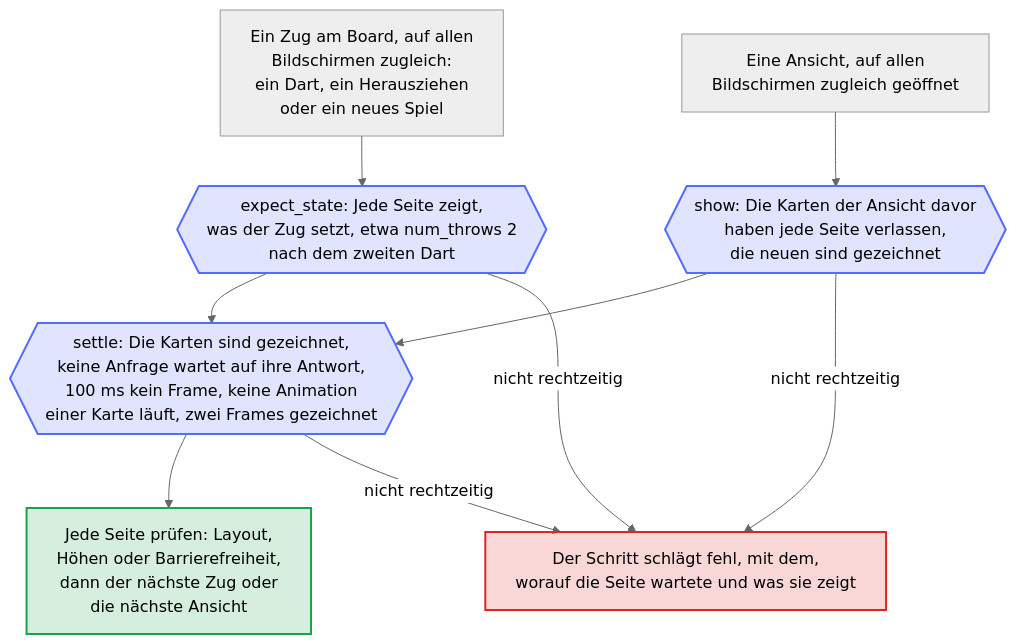
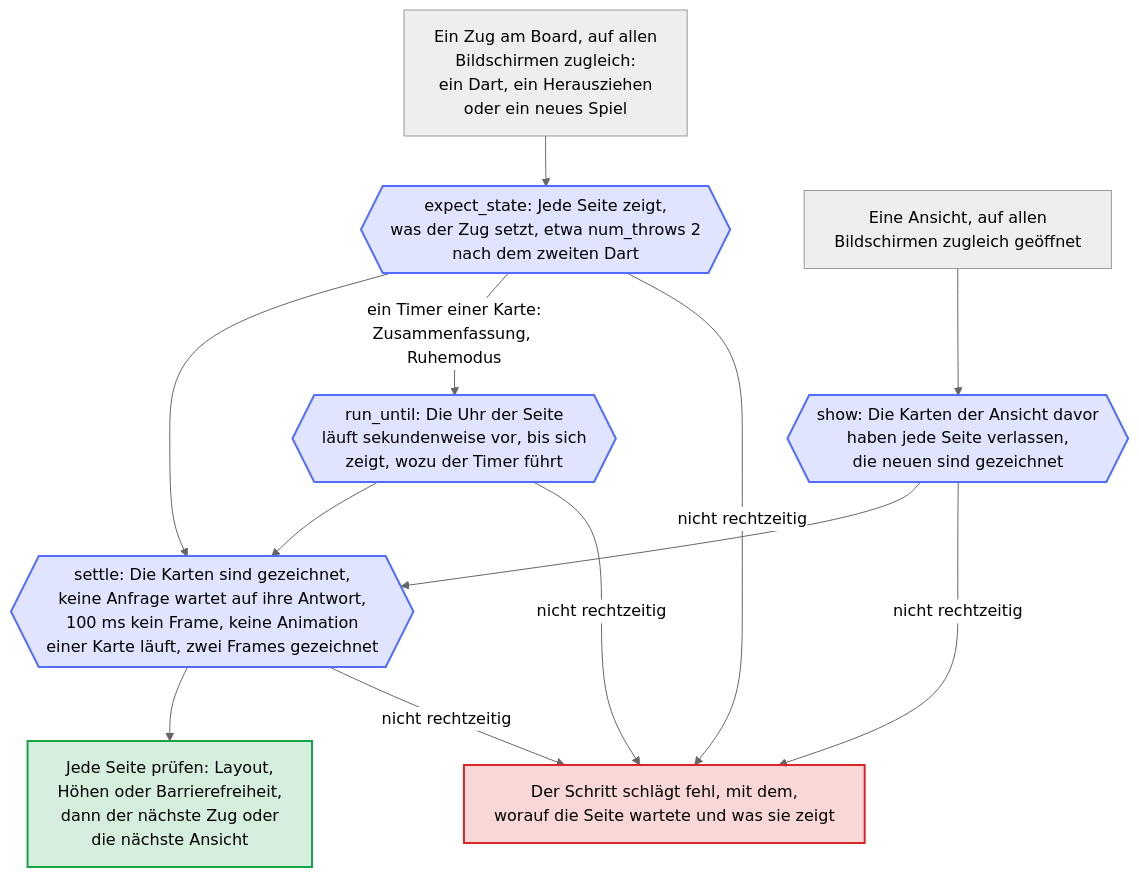
The diagram in docs/diagrams/browser-waits.de.mmd (Dennis-Otto/ha-autodarts), drawn with Mermaid (neutral theme) before and after one commit. The commit also changed 10 other files, not shown here.

```diff
--- a/docs/diagrams/browser-waits.de.mmd
+++ b/docs/diagrams/browser-waits.de.mmd
@@ -1,24 +1,27 @@
 ---
 config:
   flowchart:
     wrappingWidth: 400
 ---
 flowchart TB
   accTitle: Wie der Browsertest wartet
-  accDescr: Alle Bildschirme eines Schritts sind zugleich offen. Nach einem Zug am Board, etwa einem Dart, wartet der Test mit expect_state, bis jede Seite den Zustand zeigt, den der Zug setzt, etwa zwei Darts in der Aufnahme. Nach einer Ansicht, die er öffnet, wartet er mit show, bis die Karten der Ansicht davor jede Seite verlassen und die neuen sich gezeichnet haben. Dann wartet er, bis jede Seite zur Ruhe gekommen ist - ihre Karten gezeichnet, keine Anfrage am Websocket wartet auf ihre Antwort, 100 ms kein Frame, keine Animation einer Karte läuft und zwei Frames gezeichnet. Danach prüft er jede Seite auf einmal - das Layout, die Höhen oder die Barrierefreiheit - und macht mit dem nächsten Zug oder der nächsten Ansicht weiter. Eine Seite, die nicht dahin kommt, lässt den Schritt mit dem fehlschlagen, worauf sie gewartet hat.
+  accDescr: Alle Bildschirme eines Schritts sind zugleich offen. Nach einem Zug am Board, etwa einem Dart, wartet der Test mit expect_state, bis jede Seite den Zustand zeigt, den der Zug setzt, etwa zwei Darts in der Aufnahme. Nach einer Ansicht, die er öffnet, wartet er mit show, bis die Karten der Ansicht davor jede Seite verlassen und die neuen sich gezeichnet haben. Startet ein Zug einen Timer einer Karte, etwa die Zusammenfassung eines Spiels oder die Zeit bis zum Ruhemodus, stellt er die Uhr der Seite mit run_until sekundenweise vor, bis sich zeigt, wozu der Timer führt. Dann wartet er, bis jede Seite zur Ruhe gekommen ist - ihre Karten gezeichnet, keine Anfrage am Websocket wartet auf ihre Antwort, 100 ms kein Frame, keine Animation einer Karte läuft und zwei Frames gezeichnet. Danach prüft er jede Seite auf einmal - das Layout, die Höhen oder die Barrierefreiheit - und macht mit dem nächsten Zug oder der nächsten Ansicht weiter. Eine Seite, die nicht dahin kommt, lässt den Schritt mit dem fehlschlagen, worauf sie gewartet hat.
 
   MOVE["Ein Zug am Board, auf allen<br/>Bildschirmen zugleich:<br/>ein Dart, ein Herausziehen<br/>oder ein neues Spiel"] --> STATE{{"expect_state: Jede Seite zeigt,<br/>was der Zug setzt, etwa num_throws 2<br/>nach dem zweiten Dart"}}
   VIEW["Eine Ansicht, auf allen<br/>Bildschirmen zugleich geöffnet"] --> SHOW{{"show: Die Karten der Ansicht davor<br/>haben jede Seite verlassen,<br/>die neuen sind gezeichnet"}}
   STATE --> SETTLE{{"settle: Die Karten sind gezeichnet,<br/>keine Anfrage wartet auf ihre Antwort,<br/>100 ms kein Frame, keine Animation<br/>einer Karte läuft, zwei Frames gezeichnet"}}
   SHOW --> SETTLE
+  STATE -- "ein Timer einer Karte:<br/>Zusammenfassung, Ruhemodus" --> RUN{{"run_until: Die Uhr der Seite<br/>läuft sekundenweise vor, bis sich<br/>zeigt, wozu der Timer führt"}}
+  RUN --> SETTLE
   SETTLE --> CHECK["Jede Seite prüfen: Layout,<br/>Höhen oder Barrierefreiheit,<br/>dann der nächste Zug oder<br/>die nächste Ansicht"]
   STATE -- "nicht rechtzeitig" --> FAIL["Der Schritt schlägt fehl, mit dem,<br/>worauf die Seite wartete und was sie zeigt"]
   SHOW -- "nicht rechtzeitig" --> FAIL
   SETTLE -- "nicht rechtzeitig" --> FAIL
+  RUN -- "nicht rechtzeitig" --> FAIL
 
   classDef bot fill:#526cfe2e,stroke:#526cfe,stroke-width:2px
   classDef done fill:#16a34a2e,stroke:#16a34a,stroke-width:2px
   classDef failed fill:#dc26262e,stroke:#dc2626,stroke-width:2px
-  class STATE,SHOW,SETTLE bot
+  class STATE,SHOW,SETTLE,RUN bot
   class CHECK done
   class FAIL failed
```
